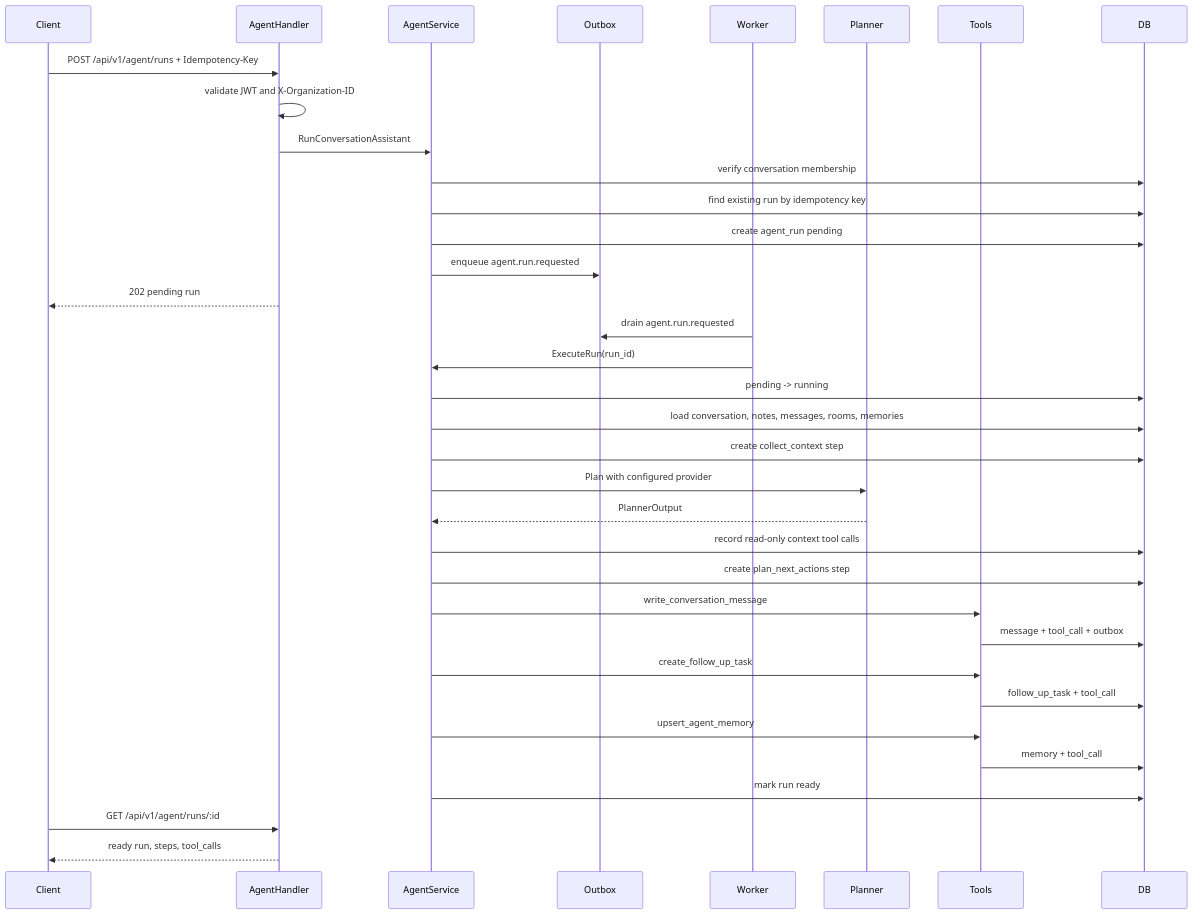
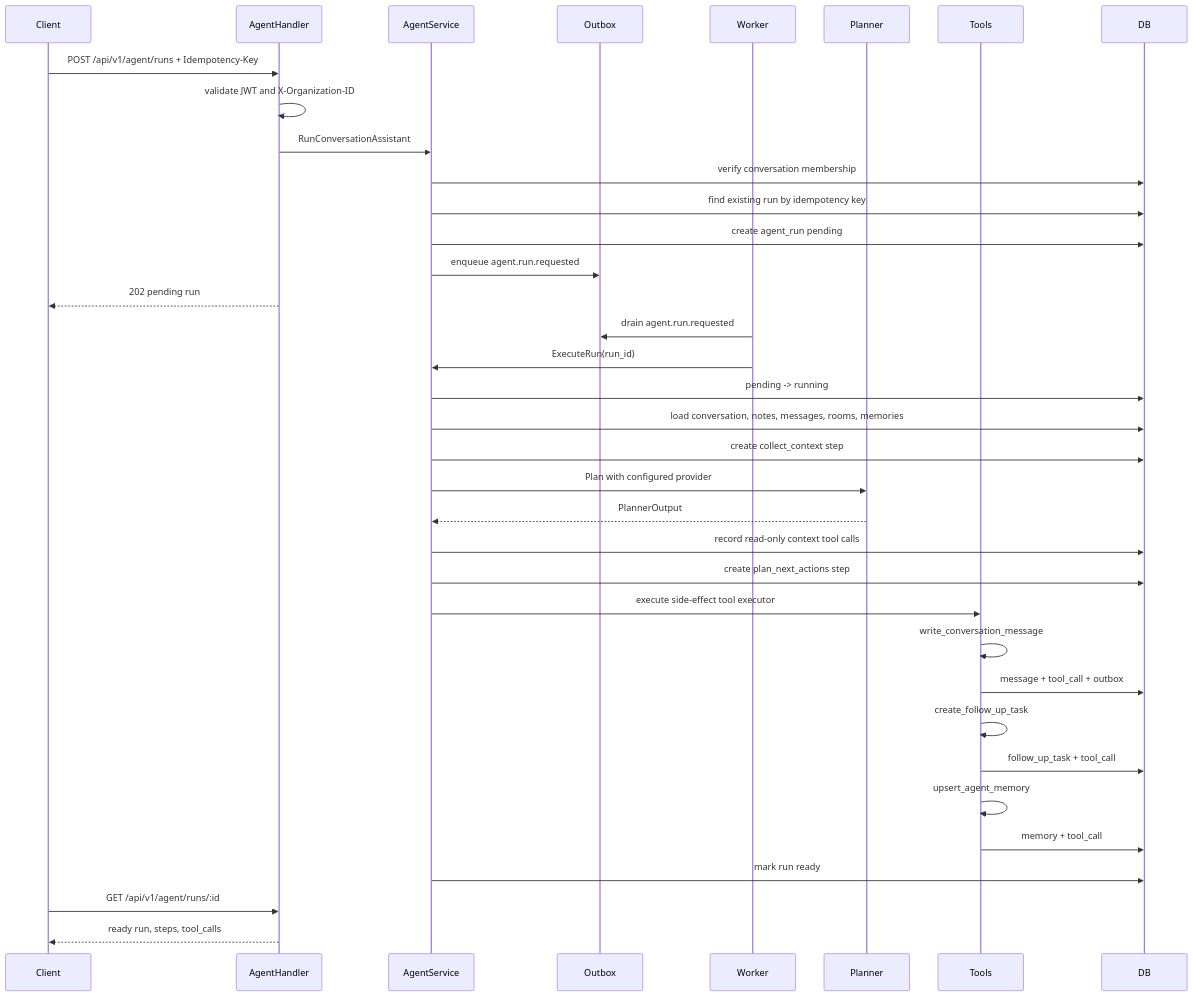
One commit to XianingY/AllCallAll changed the diagram in docs/interview/ai-agent-design.md. Above: the diagram before and after it, drawn with Mermaid. The commit also changed other lines of this file and 3 other files, not shown here.

````diff
--- a/docs/interview/ai-agent-design.md
+++ b/docs/interview/ai-agent-design.md
@@ -52,38 +52,39 @@
 ```mermaid
 sequenceDiagram
     participant Client
     participant Handler as AgentHandler
     participant Service as AgentService
     participant Outbox
     participant Worker
     participant Planner
     participant Tools
     participant DB
 
     Client->>Handler: POST /api/v1/agent/runs + Idempotency-Key
     Handler->>Handler: validate JWT and X-Organization-ID
     Handler->>Service: RunConversationAssistant
     Service->>DB: verify conversation membership
     Service->>DB: find existing run by idempotency key
     Service->>DB: create agent_run pending
     Service->>Outbox: enqueue agent.run.requested
     Handler-->>Client: 202 pending run
     Worker->>Outbox: drain agent.run.requested
     Worker->>Service: ExecuteRun(run_id)
     Service->>DB: pending -> running
     Service->>DB: load conversation, notes, messages, rooms, memories
     Service->>DB: create collect_context step
     Service->>Planner: Plan with configured provider
     Planner-->>Service: PlannerOutput
     Service->>DB: record read-only context tool calls
     Service->>DB: create plan_next_actions step
-    Service->>Tools: write_conversation_message
+    Service->>Tools: execute side-effect tool executor
+    Tools->>Tools: write_conversation_message
     Tools->>DB: message + tool_call + outbox
-    Service->>Tools: create_follow_up_task
+    Tools->>Tools: create_follow_up_task
     Tools->>DB: follow_up_task + tool_call
-    Service->>Tools: upsert_agent_memory
+    Tools->>Tools: upsert_agent_memory
     Tools->>DB: memory + tool_call
     Service->>DB: mark run ready
     Client->>Handler: GET /api/v1/agent/runs/:id
     Handler-->>Client: ready run, steps, tool_calls
 ```
````
